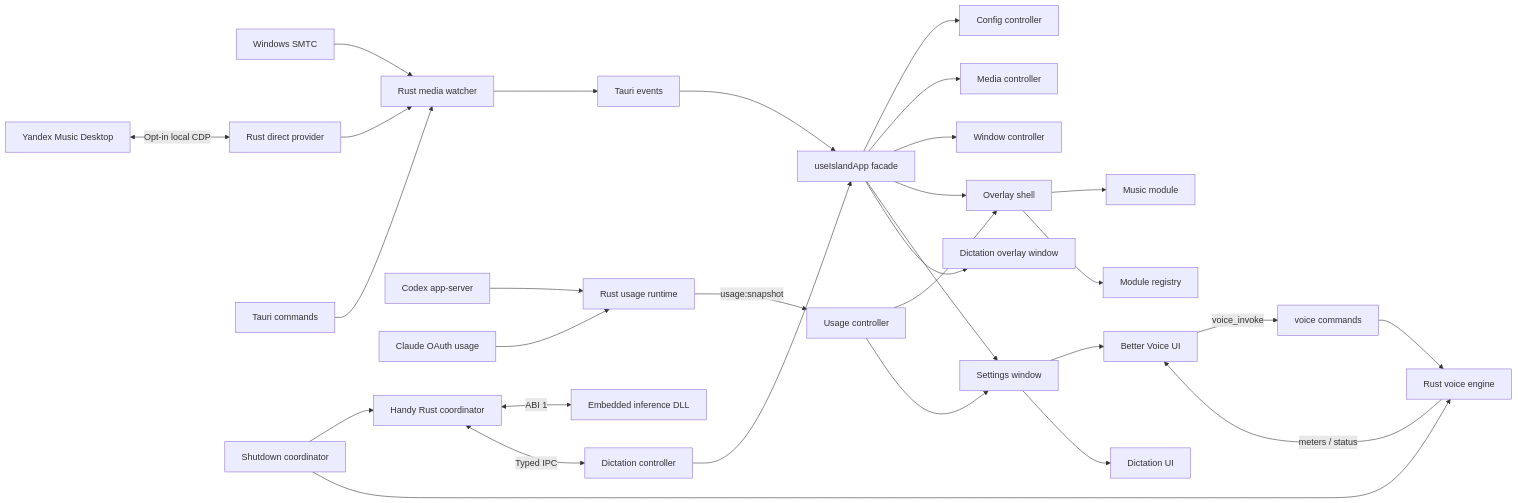
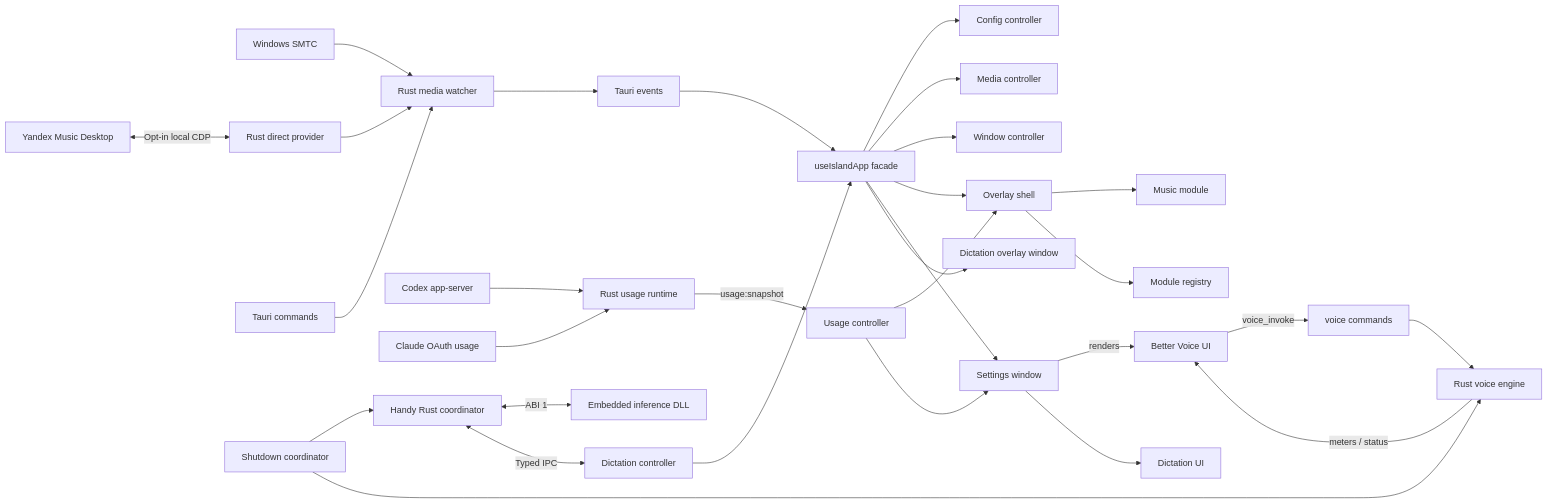
Before and after one commit to redheadesign/music-island: the diagram in docs/ARCHITECTURE.md, drawn with Mermaid. The commit also changed other lines of this file and 1 other file, not shown here.

Commit message:
Connect Better Voice in architecture diagram and label README video

````diff
--- a/docs/ARCHITECTURE.md
+++ b/docs/ARCHITECTURE.md
@@ -5,32 +5,32 @@
 ```mermaid
 flowchart LR
   SMTC[Windows SMTC] --> MediaWatcher[Rust media watcher]
   Yandex[Yandex Music Desktop] <-->|Opt-in local CDP| DirectProvider[Rust direct provider]
   DirectProvider --> MediaWatcher
   MediaWatcher --> Events[Tauri events]
   Commands[Tauri commands] --> MediaWatcher
   Events --> AppFacade[useIslandApp facade]
   AppFacade --> ConfigController[Config controller]
   AppFacade --> MediaController[Media controller]
   AppFacade --> WindowController[Window controller]
   AppFacade --> Overlay[Overlay shell]
   Overlay --> Music[Music module]
   AppFacade --> Settings[Settings window]
-  Settings --> BetterVoice[Better Voice UI]
+  Settings -->|renders| BetterVoice[Better Voice UI]
   Overlay --> Registry[Module registry]
   BetterVoice -->|voice_invoke| VoiceCmds[voice commands]
   VoiceCmds --> VoiceEngine[Rust voice engine]
   VoiceEngine -->|meters / status| BetterVoice
   Codex[Codex app-server] --> UsageRuntime[Rust usage runtime]
   Claude[Claude OAuth usage] --> UsageRuntime
   UsageRuntime -->|usage:snapshot| UsageController[Usage controller]
   UsageController --> Overlay
   UsageController --> Settings
   Handy[Handy Rust coordinator] <-->|ABI 1| Inference[Embedded inference DLL]
   Handy <-->|Typed IPC| DictationController[Dictation controller]
   DictationController --> AppFacade
   AppFacade --> DictationOverlay[Dictation overlay window]
   Settings --> DictationSettings[Dictation UI]
   Shutdown[Shutdown coordinator] --> Handy
   Shutdown --> VoiceEngine
 ```
````
